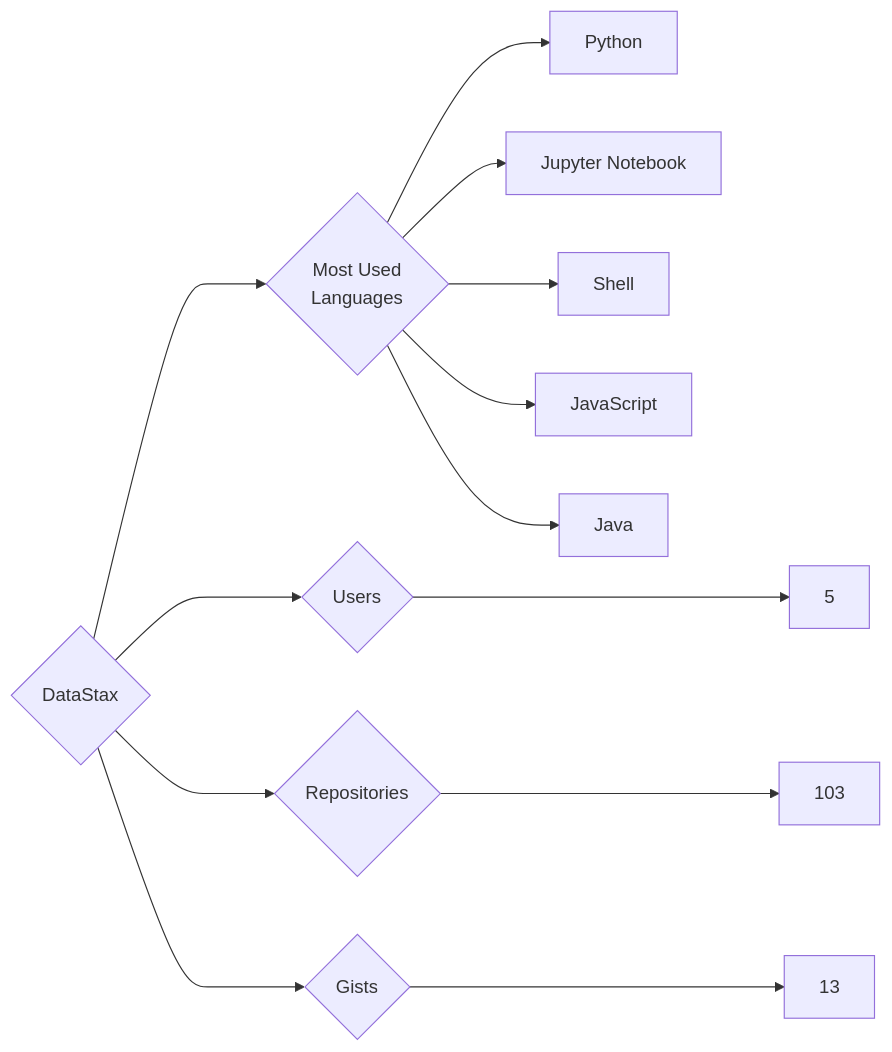
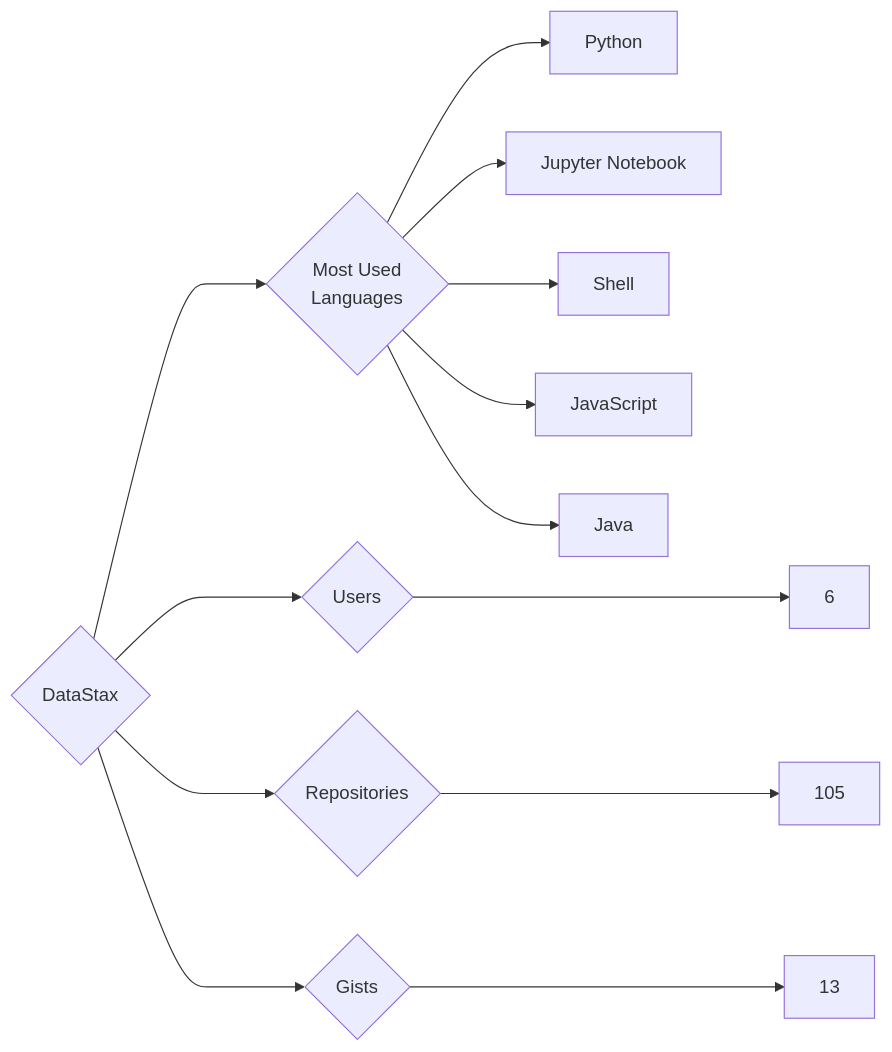
Before and after one commit to trickest/insiders: the diagram in targets/DataStax/README.md, drawn with Mermaid. The commit also changed 1003 other files, not shown here.

````diff
--- a/targets/DataStax/README.md
+++ b/targets/DataStax/README.md
@@ -3,13 +3,13 @@
 ```mermaid
 graph LR
 COMPANY_NAME{DataStax}
-COMPANY_NAME ---> U{Users} ---> UN[5]
-COMPANY_NAME ---> R{Repositories} ---> RN[103]
+COMPANY_NAME ---> U{Users} ---> UN[6]
+COMPANY_NAME ---> R{Repositories} ---> RN[105]
 COMPANY_NAME ---> G{Gists} ---> GN[13]
 COMPANY_NAME ---> ML{Most Used<br>Languages}
 ML --> Python[Python]
 ML --> Jupyter_Notebook[Jupyter Notebook]
 ML --> Shell[Shell]
 ML --> JavaScript[JavaScript]
 ML --> Java[Java]
 ```
````
